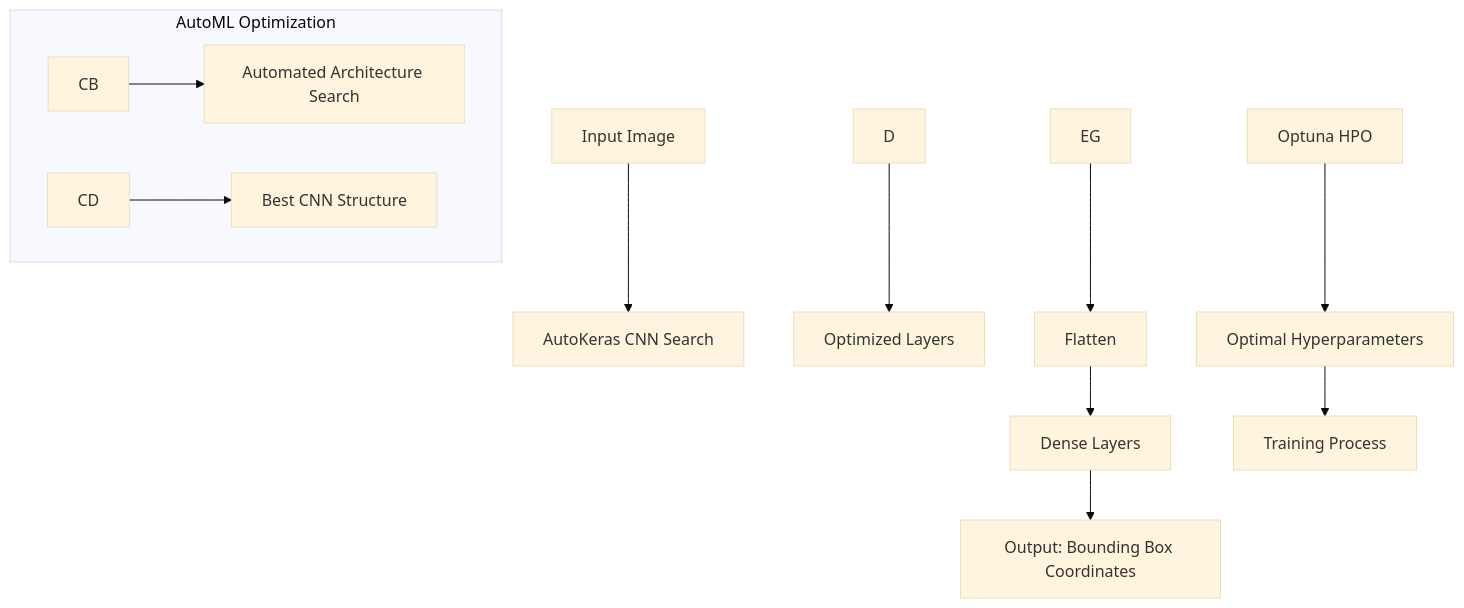
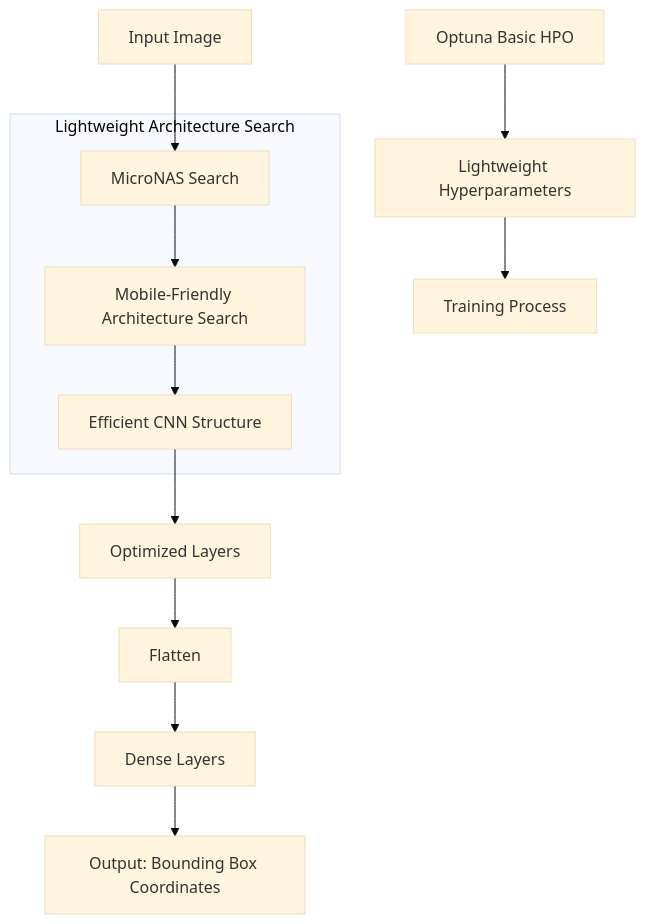
One commit to Kiarash-m0hammadi/ml changed the diagram in projects/face_detection/docs/doc.md. Above: the diagram before and after it, drawn with Mermaid (base theme). The commit also changed other lines of this file and 1 other file, not shown here.

Commit message:
Update task list and documentation for MicroNAS integration in face detection project

````diff
--- a/projects/face_detection/docs/doc.md
+++ b/projects/face_detection/docs/doc.md
@@ -5,17 +5,17 @@
 ```mermaid
 graph TD
-    A[Input Image] --> B[AutoKeras CNN Search]
+    A[Input Image] --> B[MicroNAS Search]
 
-    subgraph AutoML Optimization
-    CB--> C[Automated Architecture Search]
-   CD -->iD[Best CNN Structure]
+    subgraph Lightweight Architecture Search
+    B --> C[Mobile-Friendly Architecture Search]
+   C --> D[Efficient CNN Structure]
     end
 
     D --> E[Optimized Layers]
-    EG --> F[Flatten]
+    E --> F[Flatten]
     F --> G[Dense Layers]
     G --> H[Output: Bounding Box Coordinates]
 
-    I[Optuna HPO] --> J[Optimal Hyperparameters]
+    I[Optuna Basic HPO] --> J[Lightweight Hyperparameters]
     J --> K[Training Process]
 ```
````
